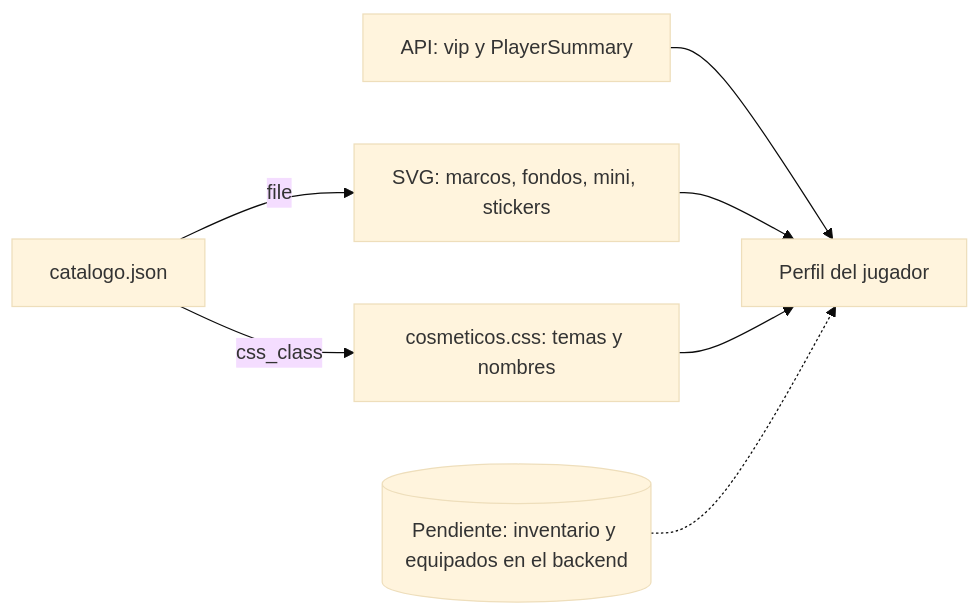
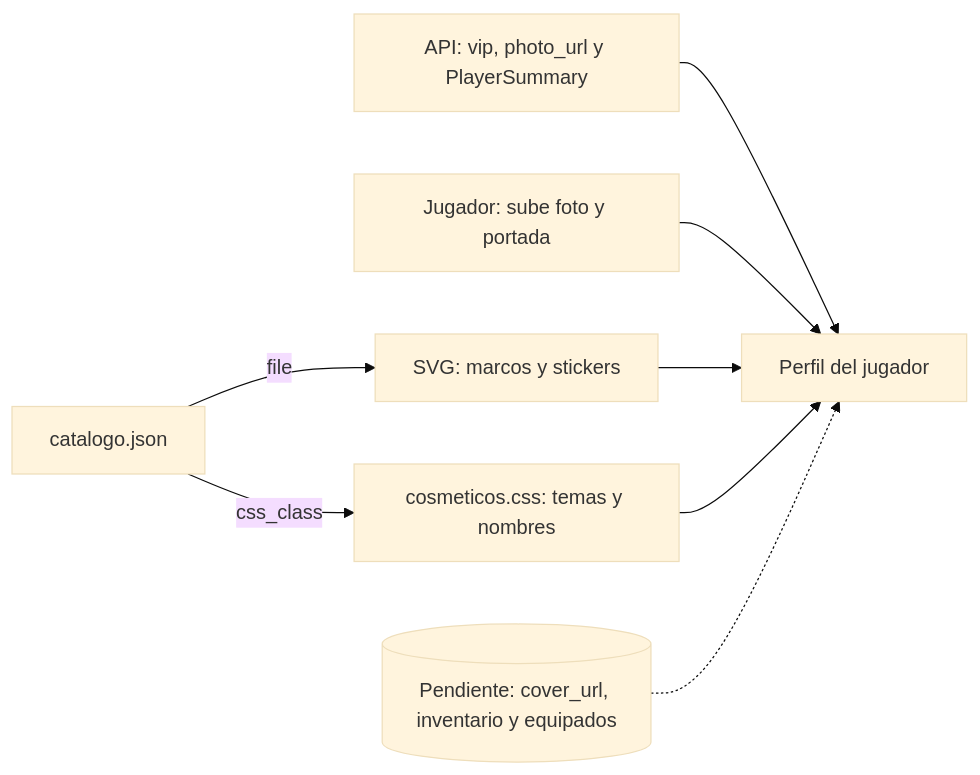
Before and after one commit to mchssj/v34frag: the diagram in docs/bitacora/2026-10-28-cosmeticos-perfil/DOCUMENTACION.md, drawn with Mermaid (base theme). The commit also changed other lines of this file and 3 other files, not shown here.

Commit message:
docs(bitacora): cosméticos del perfil al día y plan de la tienda con puntos

````diff
--- a/docs/bitacora/2026-10-28-cosmeticos-perfil/DOCUMENTACION.md
+++ b/docs/bitacora/2026-10-28-cosmeticos-perfil/DOCUMENTACION.md
@@ -16,9 +18,10 @@
 ```mermaid
 flowchart LR
-  API[API: vip y PlayerSummary] --> P[Perfil del jugador]
-  C[catalogo.json] -->|file| S[SVG: marcos, fondos, mini, stickers]
+  API[API: vip, photo_url y PlayerSummary] --> P[Perfil del jugador]
+  U[Jugador: sube foto y portada] --> P
+  C[catalogo.json] -->|file| S[SVG: marcos y stickers]
   C -->|css_class| K[cosmeticos.css: temas y nombres]
   S --> P
   K --> P
-  F[(Pendiente: inventario y equipados en el backend)] -.-> P
+  F[(Pendiente: cover_url, inventario y equipados)] -.-> P
 ```
````
